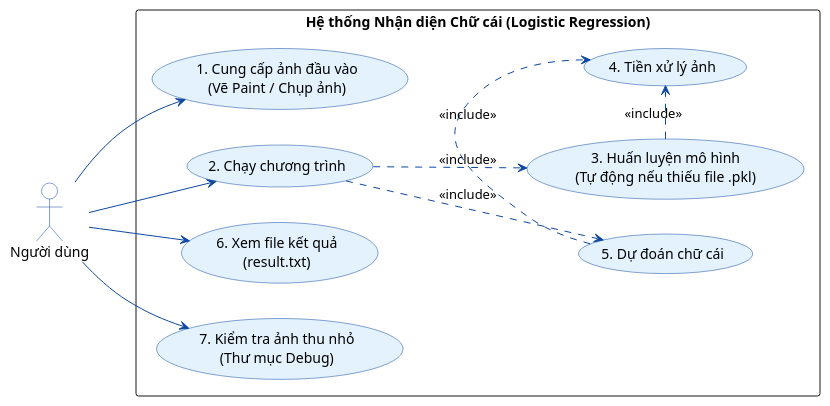
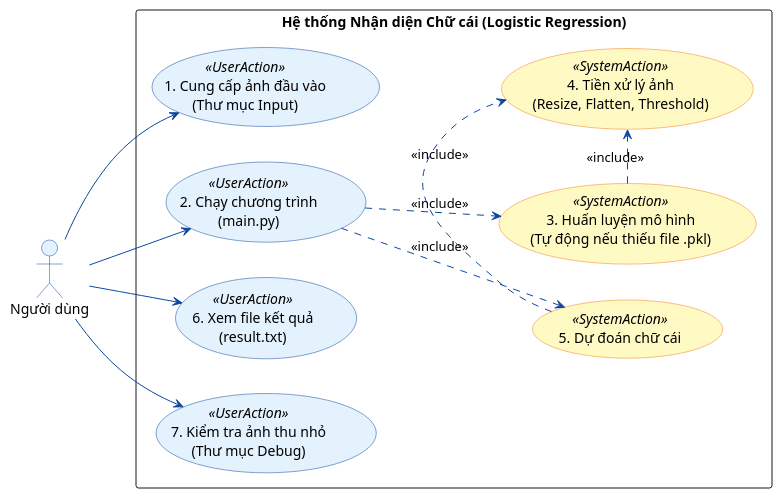
Before and after one commit to DucAnh1302/Alphabet-Recognition: the diagram in Diagram/UseCaseDiagram.pu, drawn with PlantUML. The commit also changed 7 other files, not shown here.

Commit message:
update diagram for project and add 4 MainTest support to presentation

```diff
--- a/Diagram/UseCaseDiagram.pu
+++ b/Diagram/UseCaseDiagram.pu
@@ -1,37 +1,44 @@
 @startuml UseCaseDiagram
 left to right direction
 skinparam packageStyle rectangle
+skinparam defaultFontName Arial
+
 skinparam usecase {
-    BackgroundColor #E3F2FD
-    BorderColor #0D47A1
+    BackgroundColor<<UserAction>> #E3F2FD
+    BorderColor<<UserAction>> #0D47A1
+    
+    BackgroundColor<<SystemAction>> #FFF9C4
+    BorderColor<<SystemAction>> #F57F17
+    
     ArrowColor #0D47A1
 }
+
 skinparam actor {
-    BackgroundColor #FFF
+    BackgroundColor #E3F2FD
     BorderColor #0D47A1
 }
 
 actor "Người dùng" as User
 
 rectangle "Hệ thống Nhận diện Chữ cái (Logistic Regression)" {
-    usecase "1. Cung cấp ảnh đầu vào\n(Vẽ Paint / Chụp ảnh)" as UC1
-    usecase "2. Chạy chương trình" as UC2
+    usecase "1. Cung cấp ảnh đầu vào\n(Thư mục Input)" as UC1 <<UserAction>>
+    usecase "2. Chạy chương trình\n(main.py)" as UC2 <<UserAction>>
     
-    usecase "3. Huấn luyện mô hình\n(Tự động nếu thiếu file .pkl)" as UC3
-    usecase "4. Tiền xử lý ảnh" as UC4
-    usecase "5. Dự đoán chữ cái" as UC5
+    usecase "3. Huấn luyện mô hình\n(Tự động nếu thiếu file .pkl)" as UC3 <<SystemAction>>
+    usecase "4. Tiền xử lý ảnh\n(Resize, Flatten, Threshold)" as UC4 <<SystemAction>>
+    usecase "5. Dự đoán chữ cái" as UC5 <<SystemAction>>
     
-    usecase "6. Xem file kết quả\n(result.txt)" as UC6
-    usecase "7. Kiểm tra ảnh thu nhỏ\n(Thư mục Debug)" as UC7
+    usecase "6. Xem file kết quả\n(result.txt)" as UC6 <<UserAction>>
+    usecase "7. Kiểm tra ảnh thu nhỏ\n(Thư mục Debug)" as UC7 <<UserAction>>
     
     UC2 .down.> UC3 : <<include>>
     UC2 .down.> UC5 : <<include>>
     UC5 .right.> UC4 : <<include>>
     UC3 .right.> UC4 : <<include>>
 }
 
 User --> UC1
 User --> UC2
 User --> UC6
 User --> UC7
 @enduml
```
